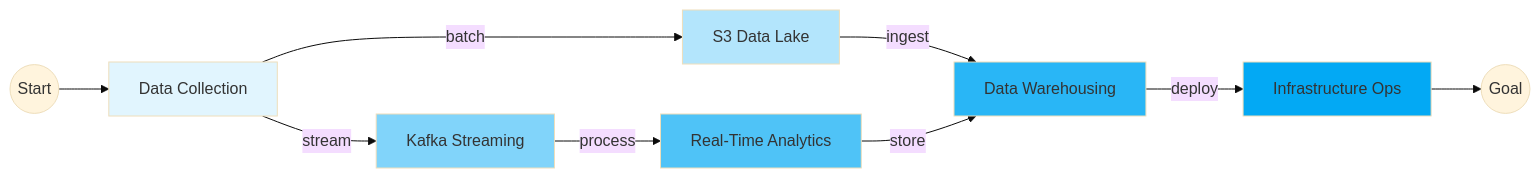
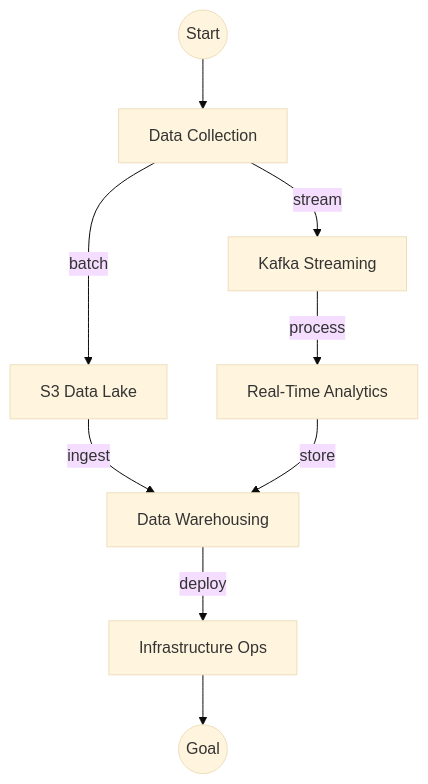
The fourth of 6 diagrams in src/content/corso/panoramica/mappe-concettuali.mdx (AndreyBertasini/gynnitech), drawn with Mermaid (base theme) before and after one commit. The commit also changed other lines of this file and 110 other files, not shown here.

First line of the commit message:
chore(content): optimize mermaid diagrams for mobile and dark theme

````diff
--- a/src/content/corso/panoramica/mappe-concettuali.mdx
+++ b/src/content/corso/panoramica/mappe-concettuali.mdx
@@ -165,20 +158,14 @@
 ```mermaid
-flowchart LR
+flowchart TD
     START((Start)) --> A[Data Collection]
     A -->|batch| B[S3 Data Lake]
     B -->|ingest| E[Data Warehousing]
 
     A -->|stream| C[Kafka Streaming]
     C -->|process| D[Real-Time Analytics]
     D -->|store| E
 
     E -->|deploy| F[Infrastructure Ops]
     F --> END((Goal))
 
-    style A fill:#e1f5fe
-    style B fill:#b3e5fc
-    style C fill:#81d4fa
-    style D fill:#4fc3f7
-    style E fill:#29b6f6
-    style F fill:#03a9f4
 ```
````
